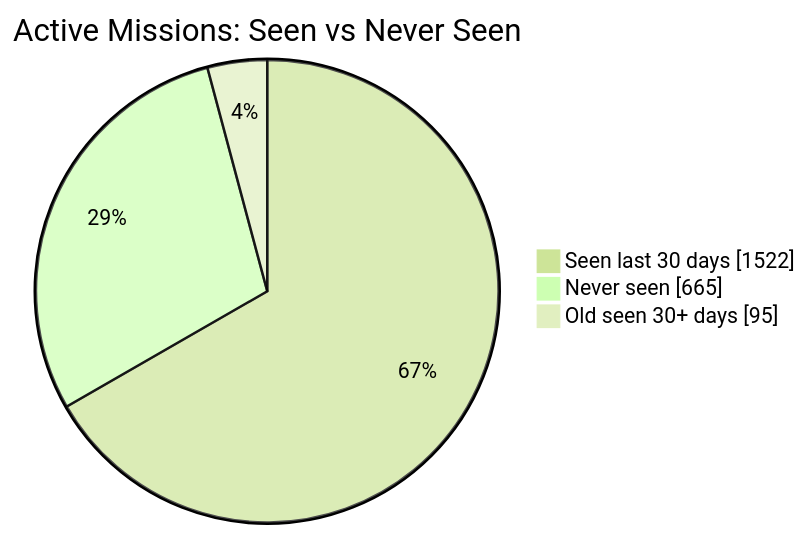
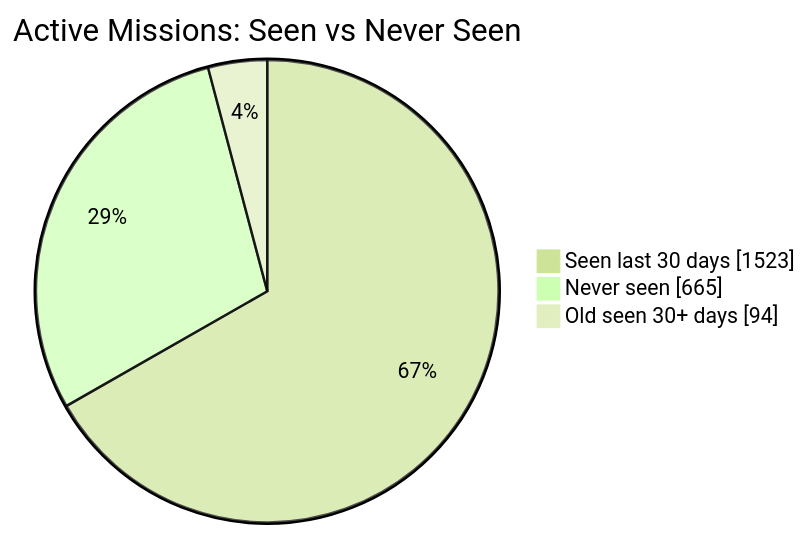
The first of 2 diagrams in README.md (MeldkamerspelGameTeam/active-missions), drawn with Mermaid (forest theme) before and after one commit. The commit also changed other lines of this file and 2 other files, not shown here.

````diff
--- a/README.md
+++ b/README.md
@@ -34,7 +34,7 @@
 ```mermaid
 pie showData
     title Active Missions: Seen vs Never Seen
-    "Seen last 30 days" : 1522
+    "Seen last 30 days" : 1523
     "Never seen" : 665
-    "Old seen 30+ days" : 95
+    "Old seen 30+ days" : 94
 ```
````
